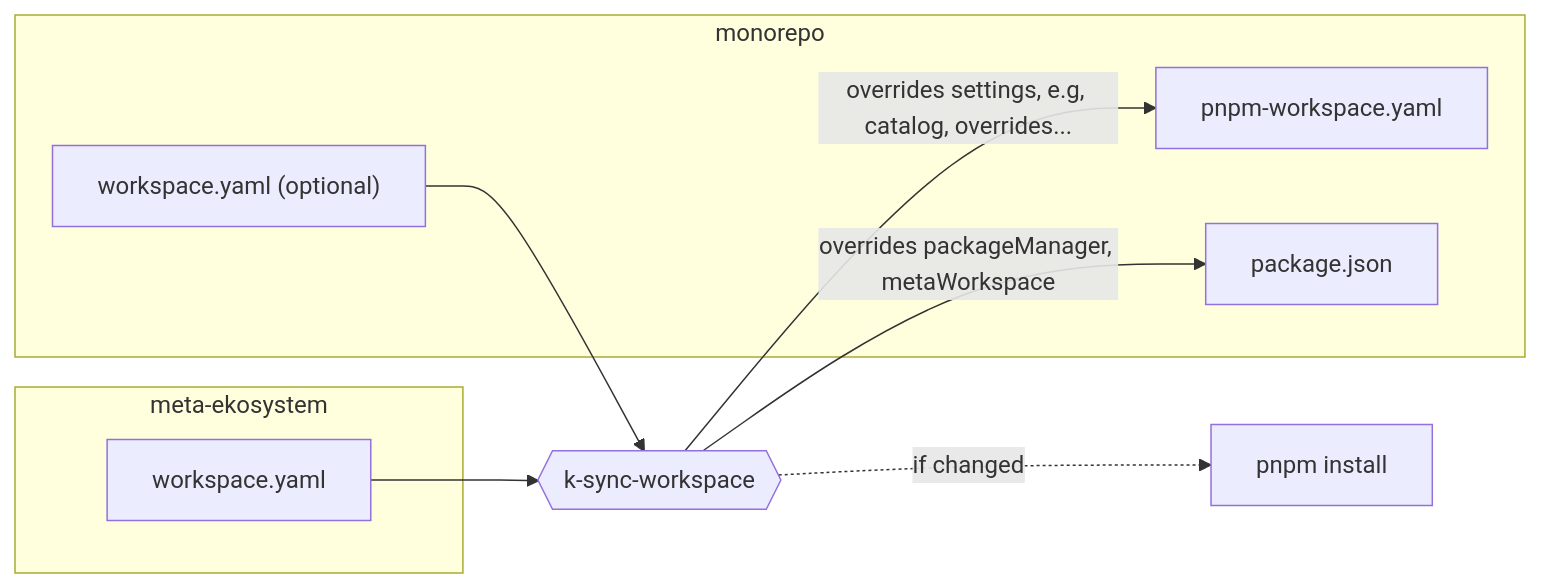
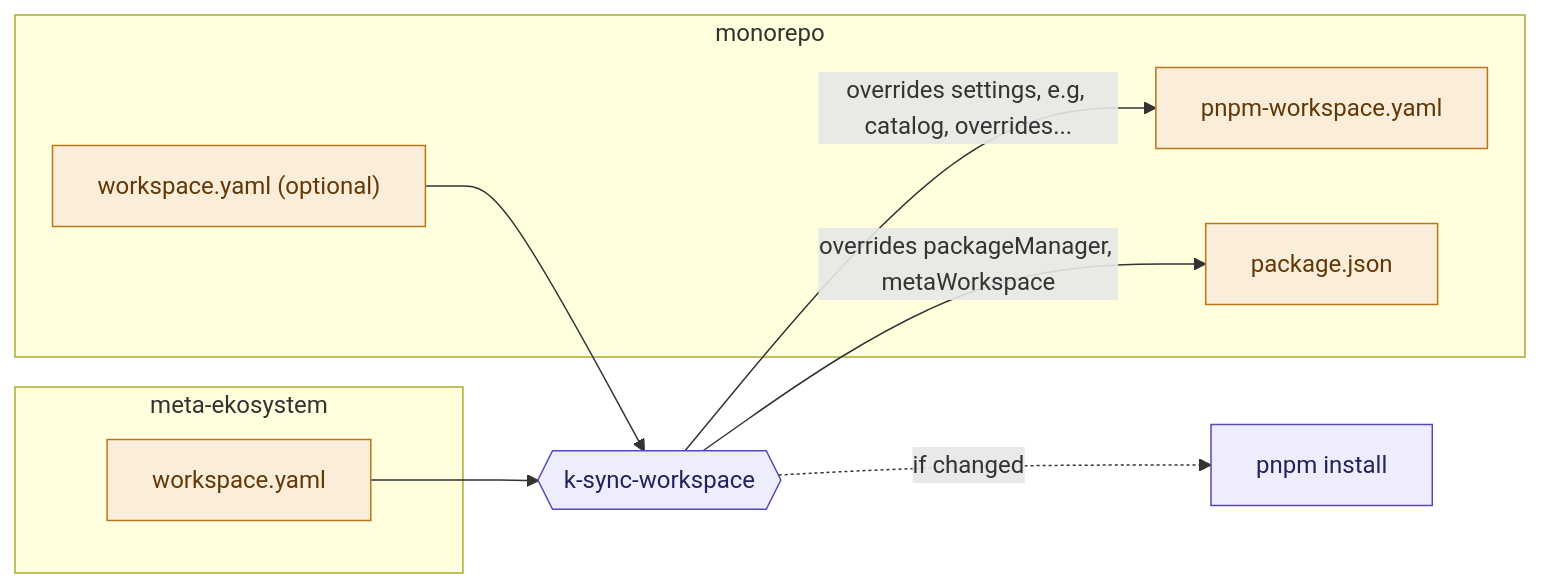
The first of 2 diagrams in README.md (kalisio/meta-ekosystem), drawn with Mermaid before and after one commit. The commit also changed other lines of this file and 2 other files, not shown here.

````diff
--- a/README.md
+++ b/README.md
@@ -167,17 +207,21 @@
 ```mermaid
 flowchart LR
   subgraph meta [meta-ekosystem]
     MW[workspace.yaml]
   end
   subgraph repo [monorepo]
     LW["workspace.yaml (optional)"]
     PW[pnpm-workspace.yaml]
     PJ[package.json]
   end
   S{{k-sync-workspace}}
   MW --> S
   LW --> S
   S -- "overrides settings, e.g, catalog, overrides..." --> PW
   S -- "overrides packageManager, metaWorkspace" --> PJ
   S -. "if changed" .-> I[pnpm install]
+  classDef file fill:#FAEEDA,stroke:#BA7517,color:#633806
+  classDef tool fill:#EEEDFE,stroke:#534AB7,color:#26215C
+  class MW,LW,PW,PJ file
+  class S,I tool
 ```
````
